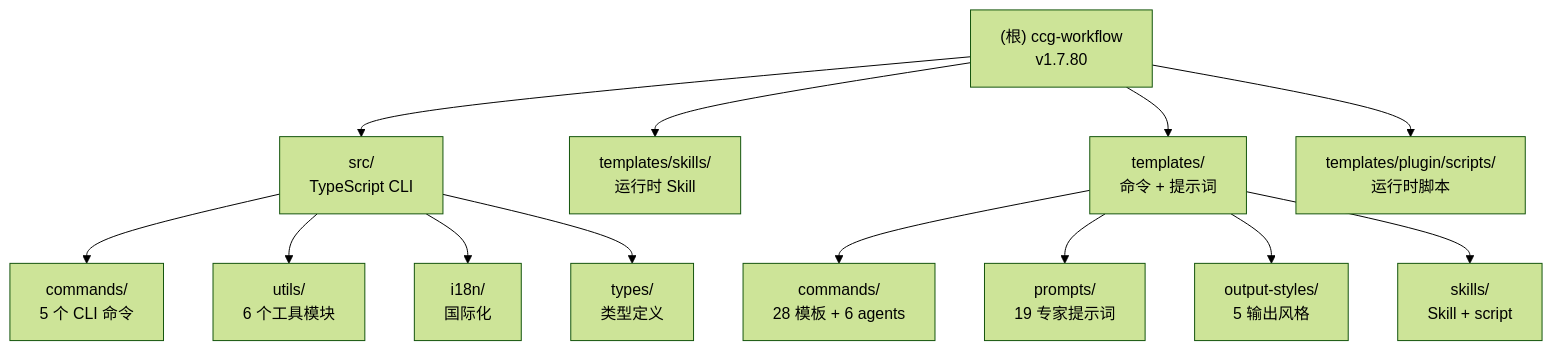
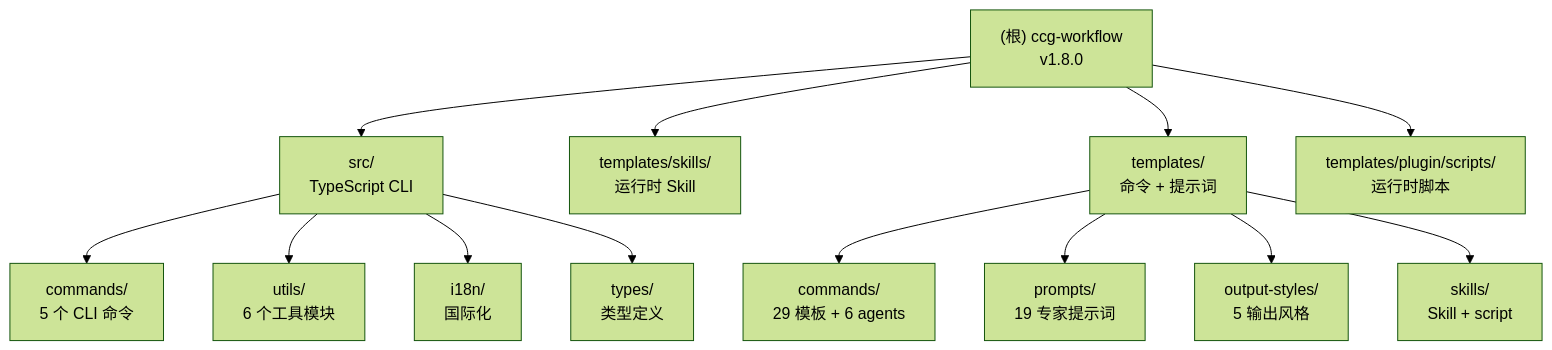
Before and after one commit to 13210541230/ccg-workflow: the second of 2 diagrams in CLAUDE.md, drawn with Mermaid (forest theme). The commit also changed other lines of this file and 12 other files, not shown here.

````diff
--- a/CLAUDE.md
+++ b/CLAUDE.md
@@ -164,20 +169,20 @@
 ```mermaid
 graph TD
-    A["(根) ccg-workflow<br/>v1.7.80"] --> B["src/<br/>TypeScript CLI"]
+    A["(根) ccg-workflow<br/>v1.8.0"] --> B["src/<br/>TypeScript CLI"]
     A --> C["templates/skills/<br/>运行时 Skill"]
     A --> D["templates/<br/>命令 + 提示词"]
     A --> E["templates/plugin/scripts/<br/>运行时脚本"]
 
     B --> B1["commands/<br/>5 个 CLI 命令"]
     B --> B2["utils/<br/>6 个工具模块"]
     B --> B3["i18n/<br/>国际化"]
     B --> B4["types/<br/>类型定义"]
 
-    D --> D1["commands/<br/>28 模板 + 6 agents"]
+    D --> D1["commands/<br/>29 模板 + 6 agents"]
     D --> D2["prompts/<br/>19 专家提示词"]
     D --> D3["output-styles/<br/>5 输出风格"]
     D --> D4["skills/<br/>Skill + script"]
 
     click B "./src/CLAUDE.md" "查看 CLI 模块文档"
     click D "./templates/CLAUDE.md" "查看 templates 模块文档"
 ```
````
